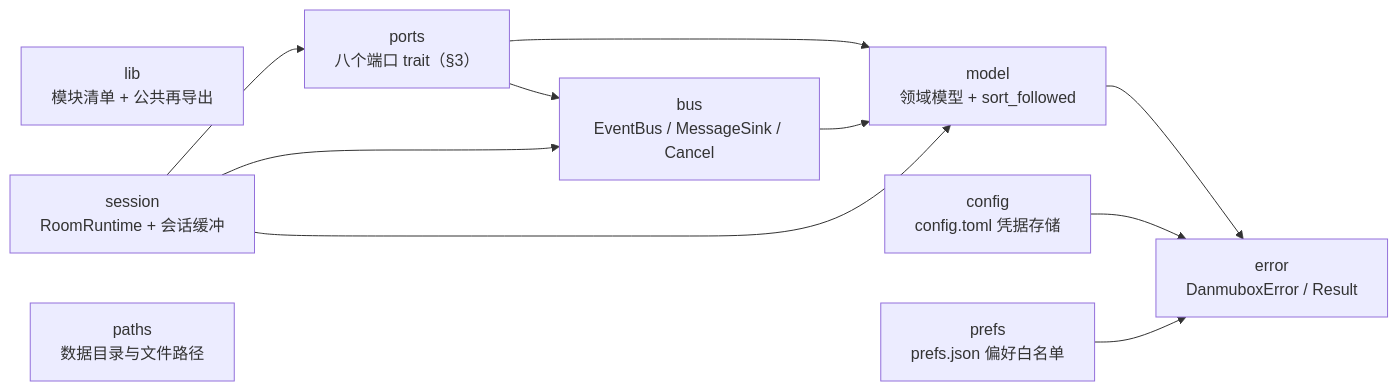
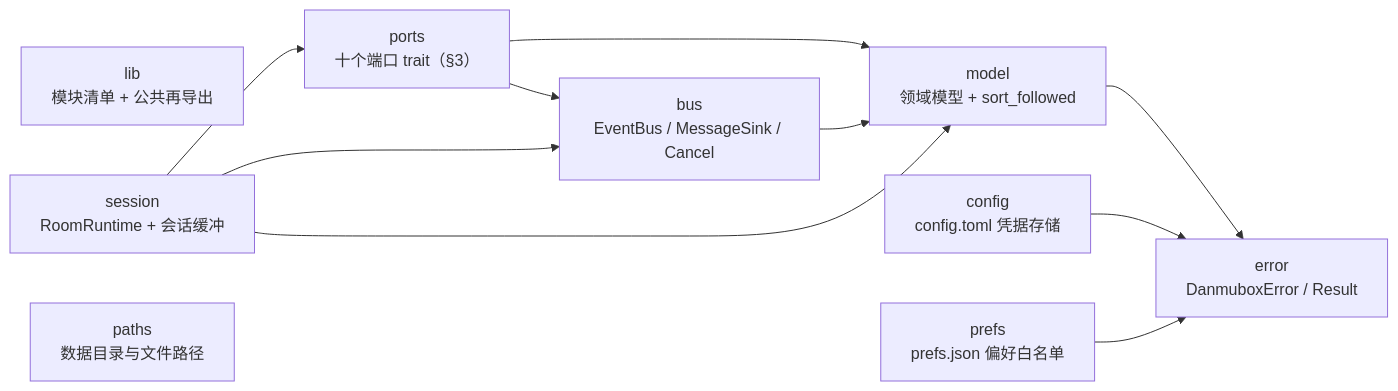
The second of 6 diagrams in docs/architecture.md (HakaseZ/danmubox), drawn with Mermaid before and after one commit. The commit also changed other lines of this file and 6 other files, not shown here.

````diff
--- a/docs/architecture.md
+++ b/docs/architecture.md
@@ -67,22 +67,22 @@
 ```mermaid
 graph LR
   lib["lib<br/>模块清单 + 公共再导出"]
   error["error<br/>DanmuboxError / Result"]
   model["model<br/>领域模型 + sort_followed"]
-  ports["ports<br/>八个端口 trait（§3）"]
+  ports["ports<br/>十个端口 trait（§3）"]
   bus["bus<br/>EventBus / MessageSink / Cancel"]
   session["session<br/>RoomRuntime + 会话缓冲"]
   paths["paths<br/>数据目录与文件路径"]
   config["config<br/>config.toml 凭据存储"]
   prefs["prefs<br/>prefs.json 偏好白名单"]
 
   model --> error
   ports --> model
   ports --> bus
   bus --> model
   session --> ports
   session --> bus
   session --> model
   config --> error
   prefs --> error
 ```
````
